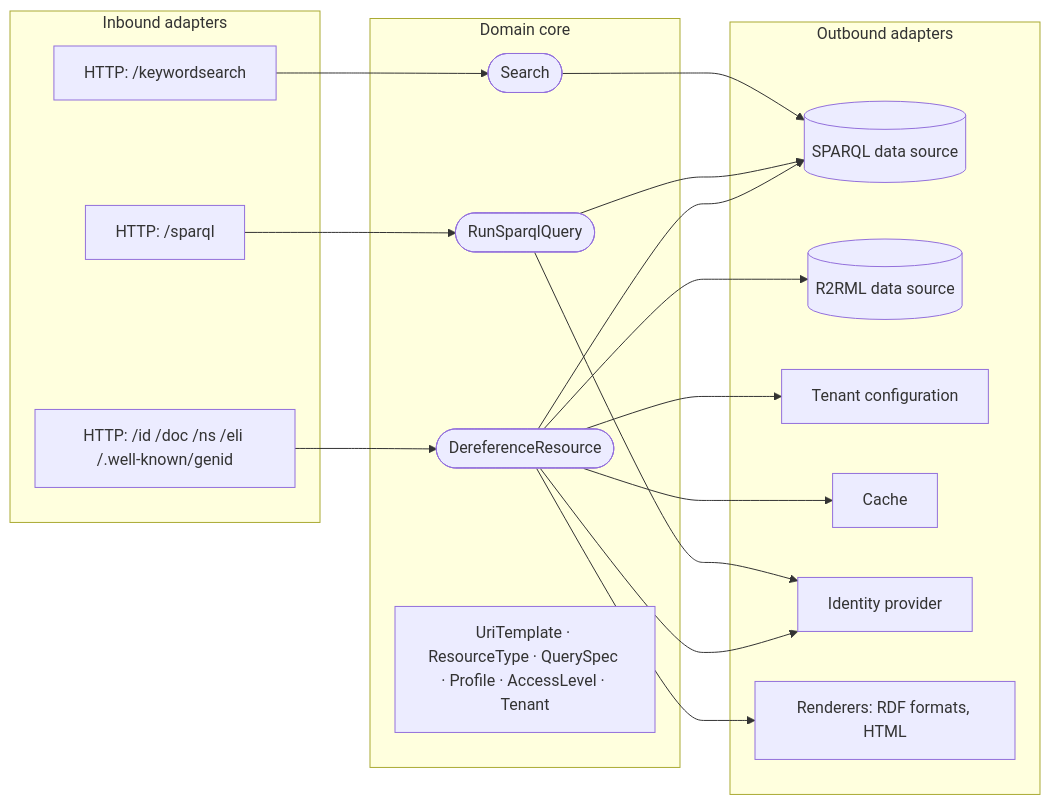
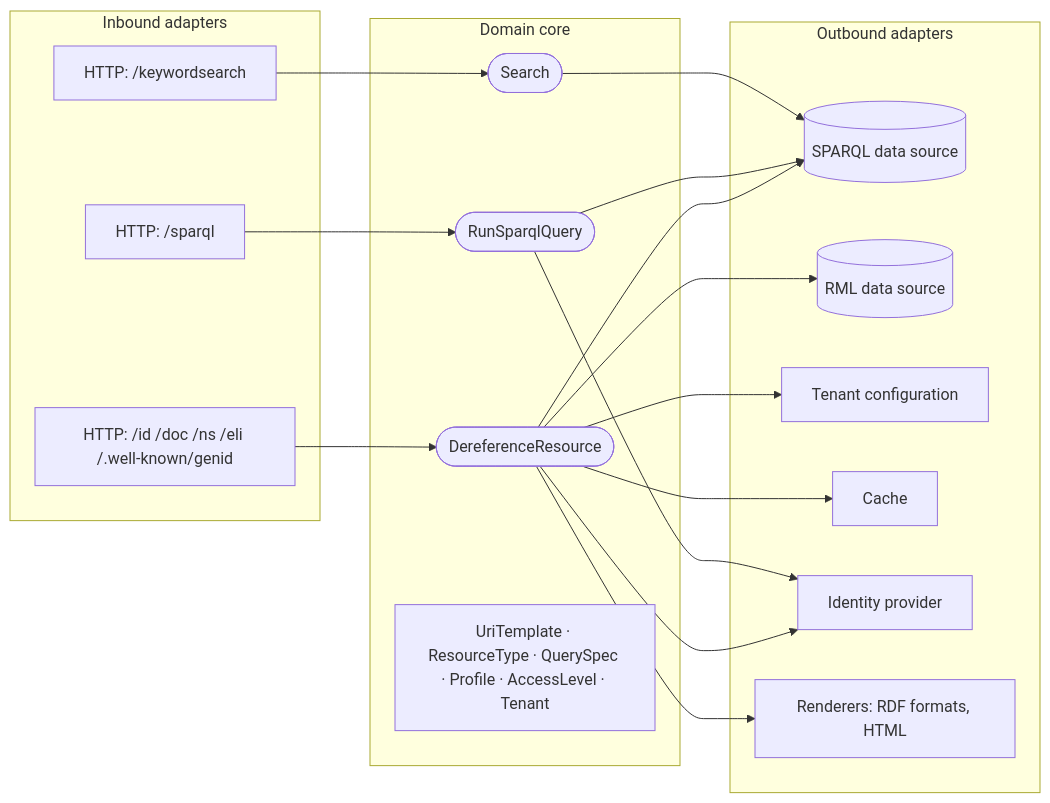
Before and after one commit to milieuinfo/SPieGeL: the diagram in docs/analysis/05-architecture/hexagonal-design.md, drawn with Mermaid. The commit also changed other lines of this file and 10 other files, not shown here.

````diff
--- a/docs/analysis/05-architecture/hexagonal-design.md
+++ b/docs/analysis/05-architecture/hexagonal-design.md
@@ -8,34 +8,34 @@
 ```mermaid
 flowchart LR
     subgraph inbound [Inbound adapters]
         WEB[HTTP: /id /doc /ns /eli /.well-known/genid]
         SPQ[HTTP: /sparql]
         SRCH[HTTP: /keywordsearch]
     end
     subgraph core [Domain core]
         UC1([DereferenceResource])
         UC2([RunSparqlQuery])
         UC3([Search])
         M[UriTemplate · ResourceType · QuerySpec · Profile · AccessLevel · Tenant]
     end
     subgraph outbound [Outbound adapters]
         DS[(SPARQL data source)]
-        R2[(R2RML data source)]
+        R2[(RML data source)]
         CFG[Tenant configuration]
         CACHE[Cache]
         IDP[Identity provider]
         REN[Renderers: RDF formats, HTML]
     end
     WEB --> UC1
     SPQ --> UC2
     SRCH --> UC3
     UC1 --> DS
     UC1 --> R2
     UC1 --> CACHE
     UC1 --> REN
     UC2 --> DS
     UC3 --> DS
     UC1 --> CFG
     UC1 --> IDP
     UC2 --> IDP
 ```
````
